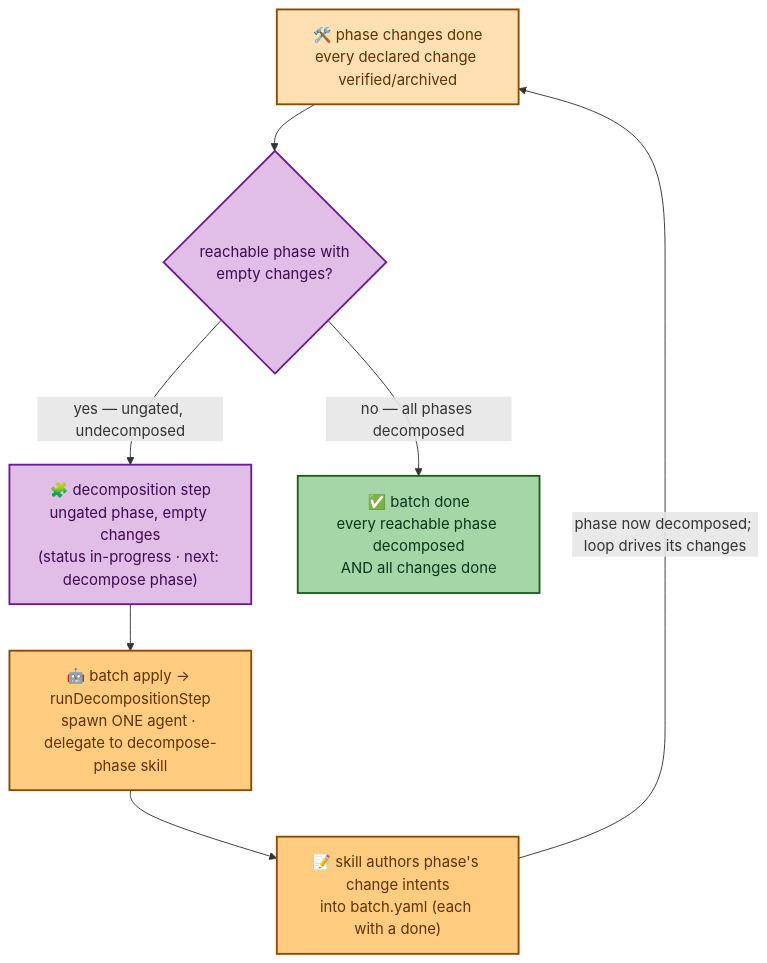
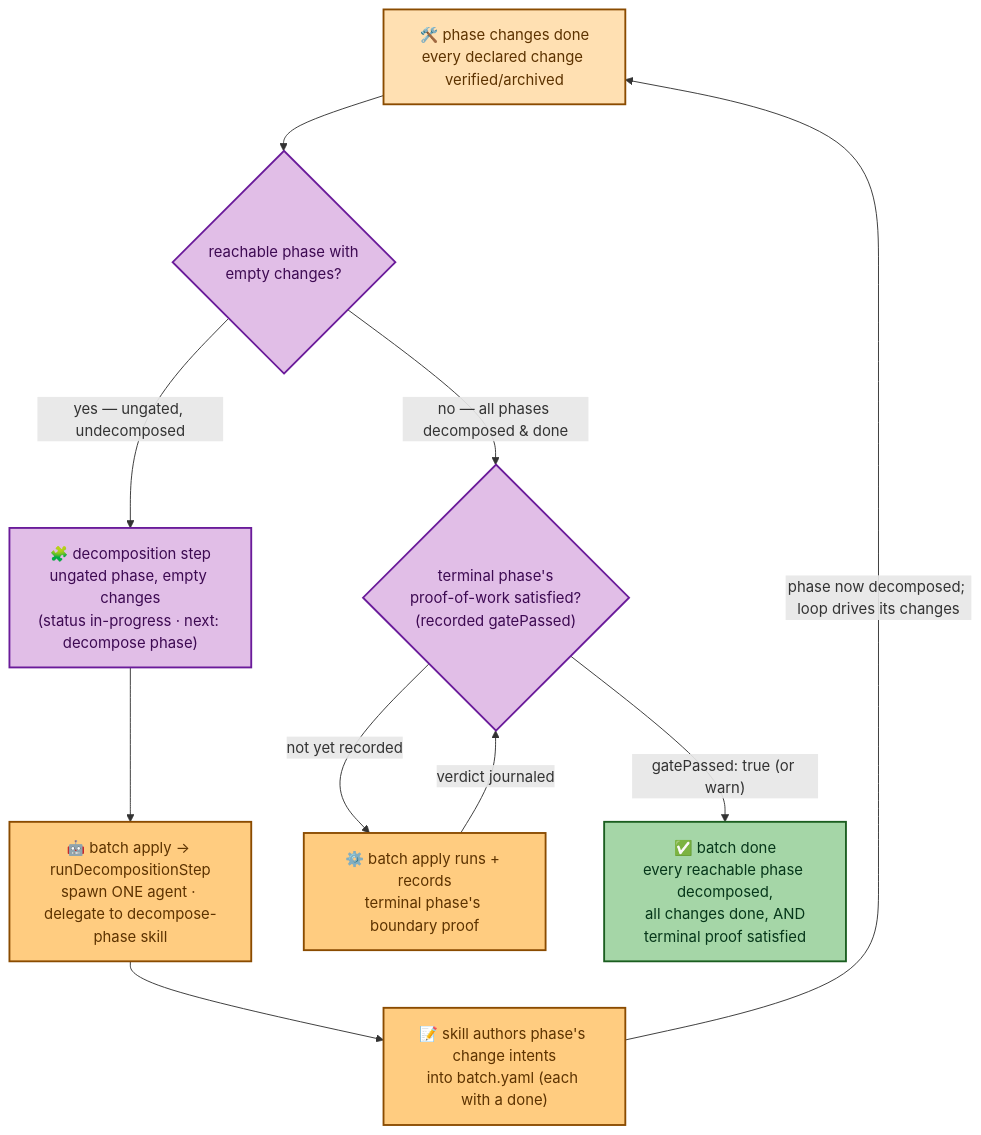
Before and after one commit to joctaTorres/ratchet: the third of 4 diagrams in docs/engine/overview.md, drawn with Mermaid. The commit also changed 1 other file, not shown here.

Commit message:
docs: sync proof-of-work gate docs with the terminal-proof gate and llm-judge rejection
Two doc-only drifts found while auditing docs against the final PR #34 code:

- `docs/engine/overview.md`: the decomposition→done Mermaid diagram routed
  "all phases decomposed" straight to `batch done`, omitting the terminal-phase
  proof gate the prose (and code) now require. Added the terminal-proof gate
  (`TP`) + run (`TPR`) nodes and updated the `done` node to include "terminal
  proof satisfied", so the diagram matches `computeBatchStatus`.
- `README.md`: the propose-batch row still advertised proof-of-work kinds as
  `integration / blackbox / llm-judge`; `llm-judge` is now rejected at validation
  (C1), so it lists `integration / blackbox`.

The rest of the docs (batch.md `rerun-proof` section + llm-judge caveat,
run-state.md idempotent `recordProofOfWork`, eval.md exit-zero grammar,
agent-runtime.md decompose-resume injection + per-agent `getInvocation`) were
already accurate.

Claude-Session: https://claude.ai/code/session_01MApSihBXnALMYkiE4Yzaxt

````diff
--- a/docs/engine/overview.md
+++ b/docs/engine/overview.md
@@ -321,26 +321,31 @@
 ```mermaid
 flowchart TB
     PC["🛠️ phase changes done<br/>every declared change verified/archived"]
     Q{"reachable phase with<br/>empty changes?"}
     DEC["🧩 decomposition step<br/>ungated phase, empty changes<br/>(status in-progress · next: decompose phase)"]
     SPAWN["🤖 batch apply → runDecompositionStep<br/>spawn ONE agent · delegate to decompose-phase skill"]
     AUTH["📝 skill authors phase's change intents<br/>into batch.yaml (each with a done)"]
-    BD["✅ batch done<br/>every reachable phase decomposed<br/>AND all changes done"]
+    TP{"terminal phase's<br/>proof-of-work satisfied?<br/>(recorded gatePassed)"}
+    TPR["⚙️ batch apply runs + records<br/>terminal phase's boundary proof"]
+    BD["✅ batch done<br/>every reachable phase decomposed,<br/>all changes done, AND<br/>terminal proof satisfied"]
 
     PC --> Q
     Q -->|"yes — ungated, undecomposed"| DEC
-    Q -->|"no — all phases decomposed"| BD
+    Q -->|"no — all phases decomposed & done"| TP
     DEC --> SPAWN
     SPAWN --> AUTH
     AUTH -->|"phase now decomposed; loop drives its changes"| PC
+    TP -->|"not yet recorded"| TPR
+    TPR -->|"verdict journaled"| TP
+    TP -->|"gatePassed: true (or warn)"| BD
 
     classDef todo fill:#FFE0B2,stroke:#8a4b00,stroke-width:2px,color:#5d3300;
     classDef gate fill:#E1BEE7,stroke:#6a1b9a,stroke-width:2px,color:#3d0a52;
     classDef run fill:#FFCC80,stroke:#8a4b00,stroke-width:2px,color:#5d3300;
     classDef done fill:#A5D6A7,stroke:#1b5e20,stroke-width:2px,color:#06371a;
 
     class PC todo;
-    class Q,DEC gate;
-    class SPAWN,AUTH run;
+    class Q,DEC,TP gate;
+    class SPAWN,AUTH,TPR run;
     class BD done;
 ```
````
